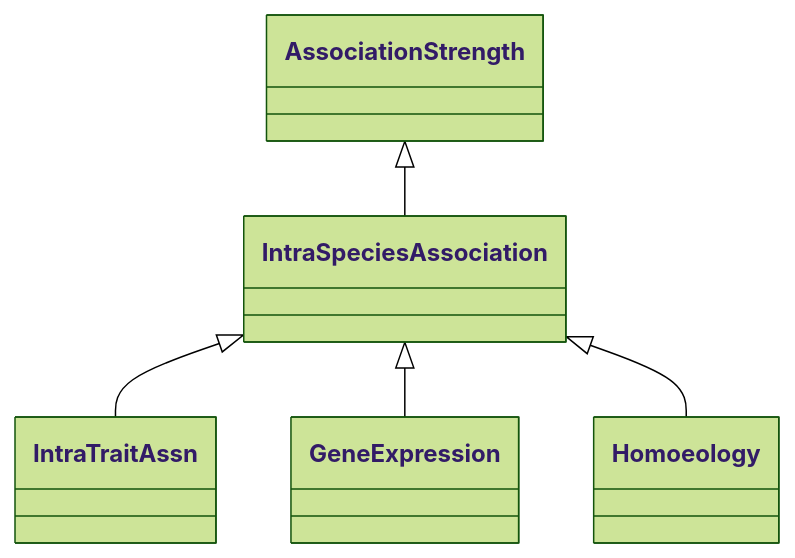
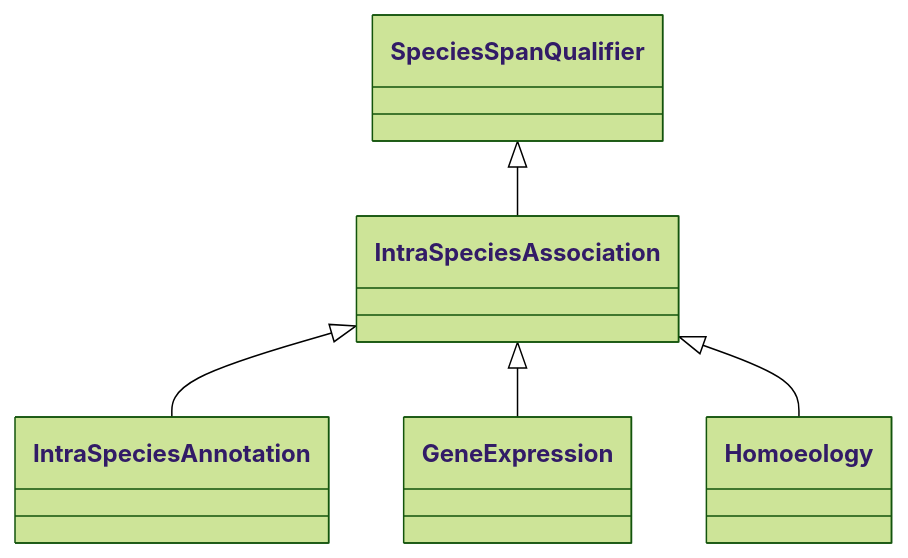
The diagram in semantic-motif-taxonomy/knet-motif-categories-doc/IntraSpeciesAssociation.md (KnetMiner/knetminer-schemas), drawn with Mermaid (forest theme) before and after one commit. The commit also changed other lines of this file and 59 other files, not shown here.

````diff
--- a/semantic-motif-taxonomy/knet-motif-categories-doc/IntraSpeciesAssociation.md
+++ b/semantic-motif-taxonomy/knet-motif-categories-doc/IntraSpeciesAssociation.md
@@ -25,18 +23,18 @@
 ```mermaid
  classDiagram
     class IntraSpeciesAssociation
     click IntraSpeciesAssociation href "../IntraSpeciesAssociation"
-      AssociationStrength <|-- IntraSpeciesAssociation
-        click AssociationStrength href "../AssociationStrength"
+      SpeciesSpanQualifier <|-- IntraSpeciesAssociation
+        click SpeciesSpanQualifier href "../SpeciesSpanQualifier"
       
 
-      IntraSpeciesAssociation <|-- IntraTraitAssn
-        click IntraTraitAssn href "../IntraTraitAssn"
+      IntraSpeciesAssociation <|-- IntraSpeciesAnnotation
+        click IntraSpeciesAnnotation href "../IntraSpeciesAnnotation"
       IntraSpeciesAssociation <|-- GeneExpression
         click GeneExpression href "../GeneExpression"
       IntraSpeciesAssociation <|-- Homoeology
         click Homoeology href "../Homoeology"
       
       
       
 ```
````
